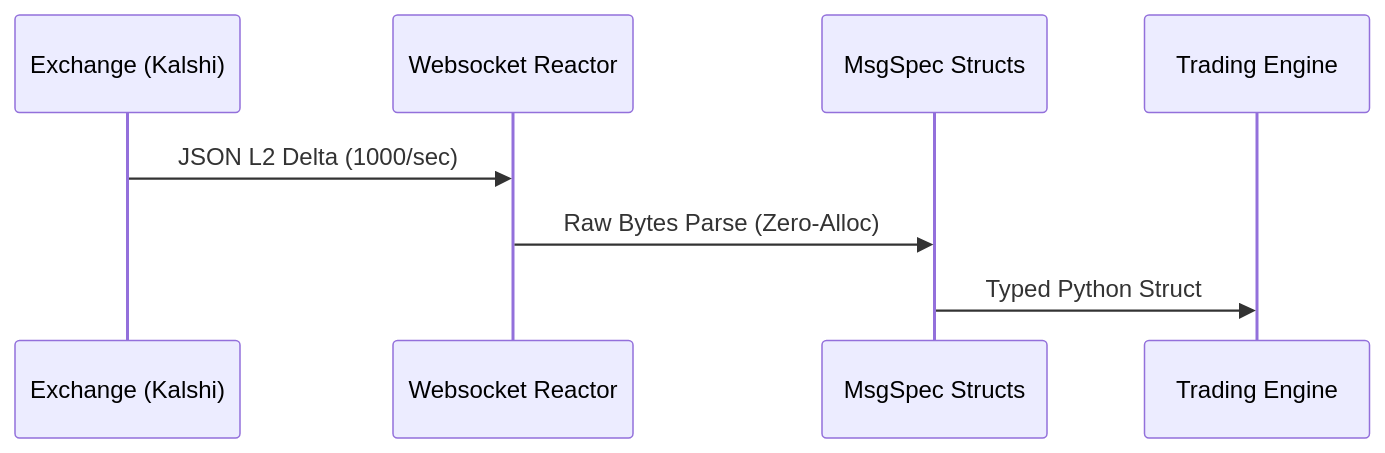
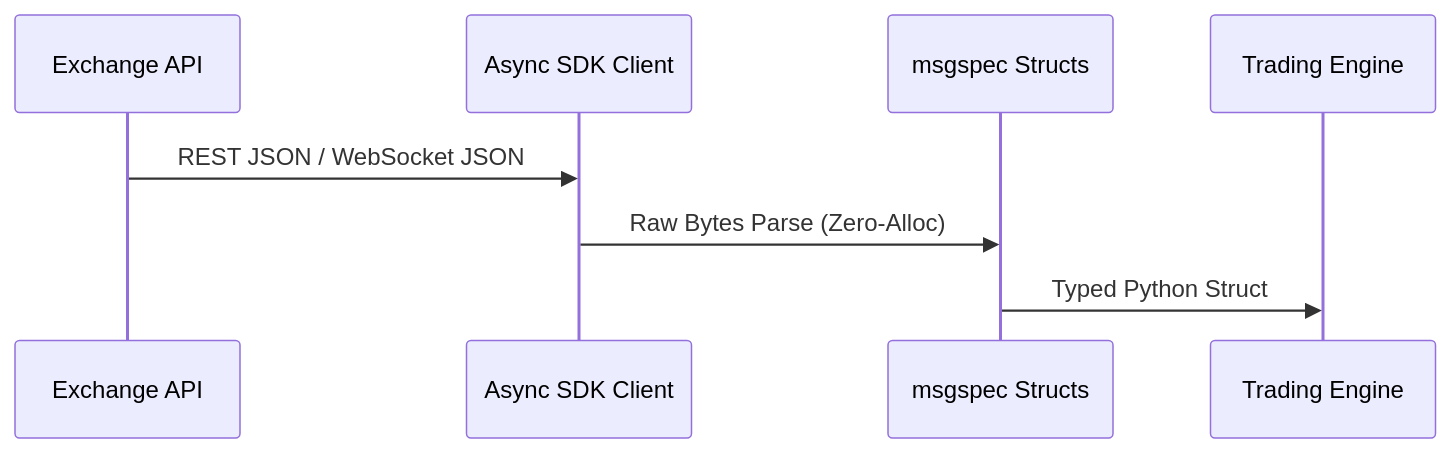
One commit to mrnicholasbcarter-code/prediction-market-sdk changed the diagram in README.md. Above: the diagram before and after it, drawn with Mermaid. The commit also changed other lines of this file and 3 other files, not shown here.

Commit message:
test(api): cover exchange HTTP error handling

````diff
--- a/README.md
+++ b/README.md
@@ -12,11 +12,11 @@
 ```mermaid
 sequenceDiagram
-    participant Exchange (Kalshi)
-    participant Websocket Reactor
-    participant MsgSpec Structs
-    participant Trading Engine
-    
-    Exchange (Kalshi)->>Websocket Reactor: JSON L2 Delta (1000/sec)
-    Websocket Reactor->>MsgSpec Structs: Raw Bytes Parse (Zero-Alloc)
-    MsgSpec Structs->>Trading Engine: Typed Python Struct
+    participant Exchange as Exchange API
+    participant Client as Async SDK Client
+    participant MsgSpec as msgspec Structs
+    participant Engine as Trading Engine
+
+    Exchange->>Client: REST JSON / WebSocket JSON
+    Client->>MsgSpec: Raw Bytes Parse (Zero-Alloc)
+    MsgSpec->>Engine: Typed Python Struct
 ```
````
